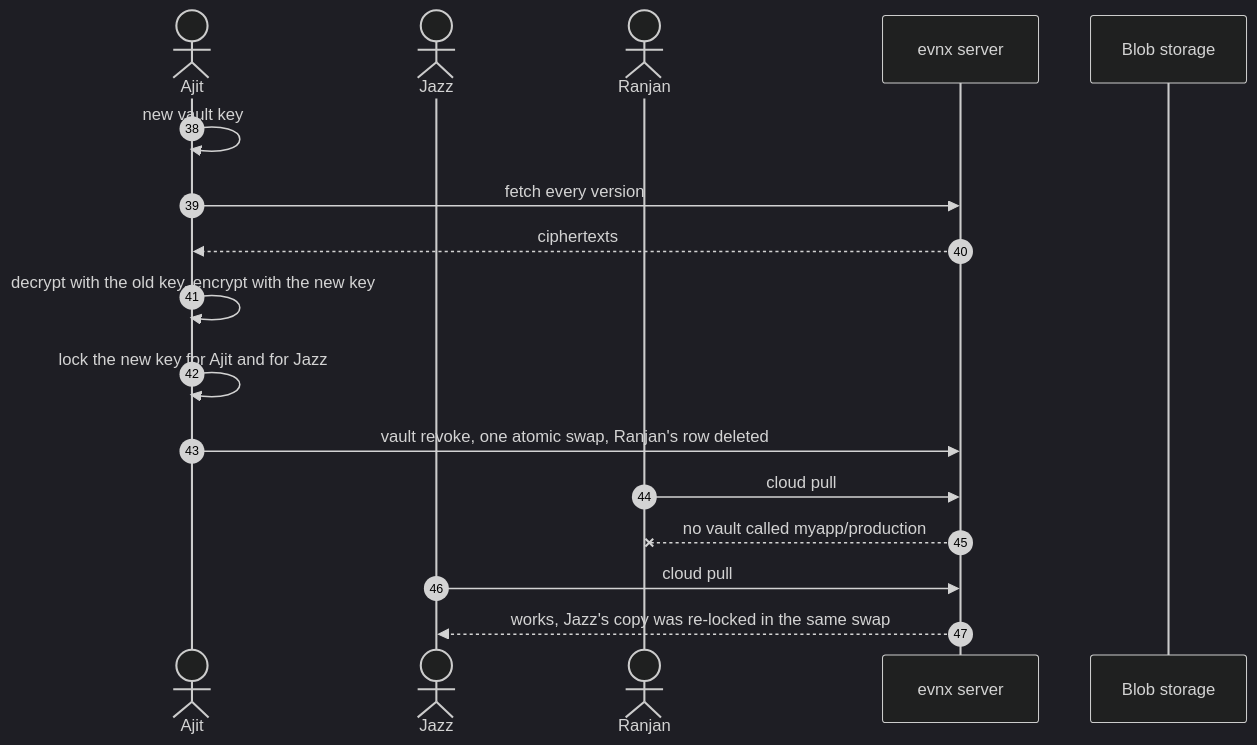
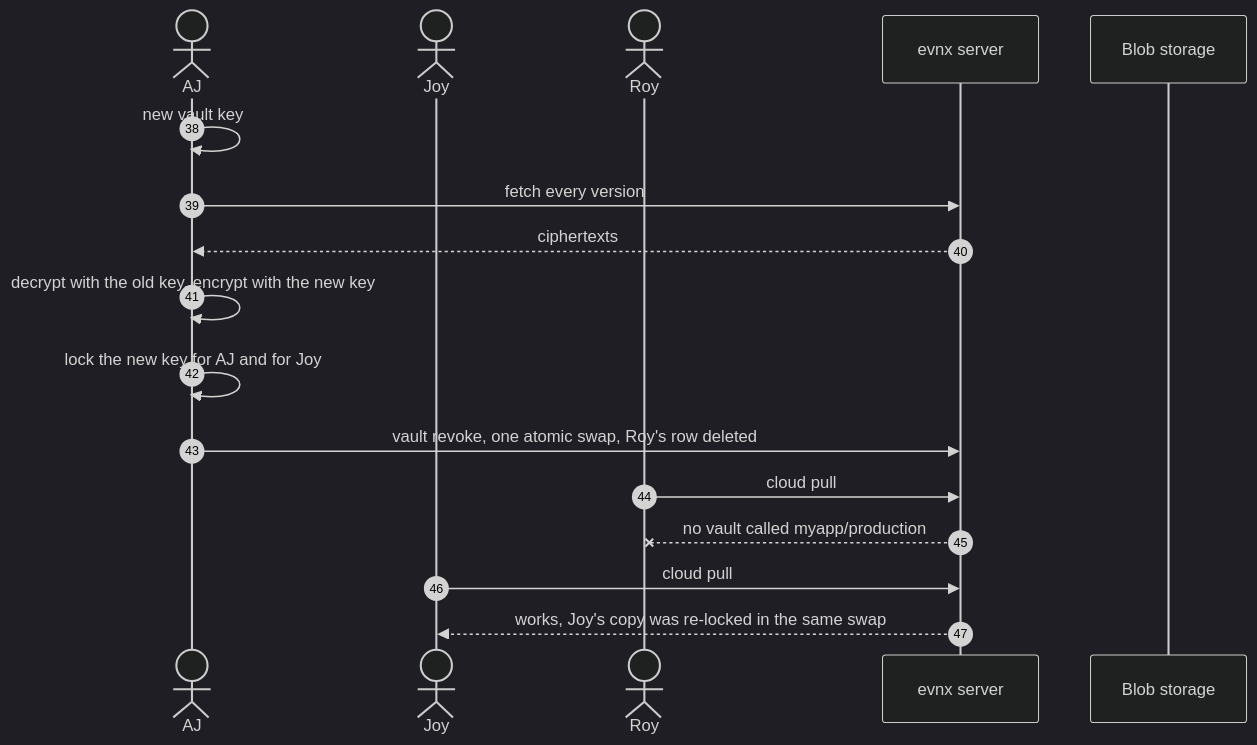
The eighth of 10 diagrams in packages/docs-content/guides/reference/how-vault-sharing-works.mdx (urwithajit9/evnx-web), drawn with Mermaid (dark theme) before and after one commit. The commit also changed other lines of this file and 1 other file, not shown here.

First line of the commit message:
docs: vault-sharing guide — AJ, Joy and Roy, with job roles

````diff
--- a/packages/docs-content/guides/reference/how-vault-sharing-works.mdx
+++ b/packages/docs-content/guides/reference/how-vault-sharing-works.mdx
@@ -434,19 +436,19 @@
 ```mermaid
 sequenceDiagram
     autonumber 38
-    actor A as Ajit
-    actor J as Jazz
-    actor R as Ranjan
+    actor A as AJ
+    actor J as Joy
+    actor R as Roy
     participant S as evnx server
     participant B as Blob storage
     A->>A: new vault key
     A->>S: fetch every version
     S-->>A: ciphertexts
     A->>A: decrypt with the old key, encrypt with the new key
-    A->>A: lock the new key for Ajit and for Jazz
-    A->>S: vault revoke, one atomic swap, Ranjan's row deleted
+    A->>A: lock the new key for AJ and for Joy
+    A->>S: vault revoke, one atomic swap, Roy's row deleted
     R->>S: cloud pull
     S--xR: no vault called myapp/production
     J->>S: cloud pull
-    S-->>J: works, Jazz's copy was re-locked in the same swap
+    S-->>J: works, Joy's copy was re-locked in the same swap
 ```
````
